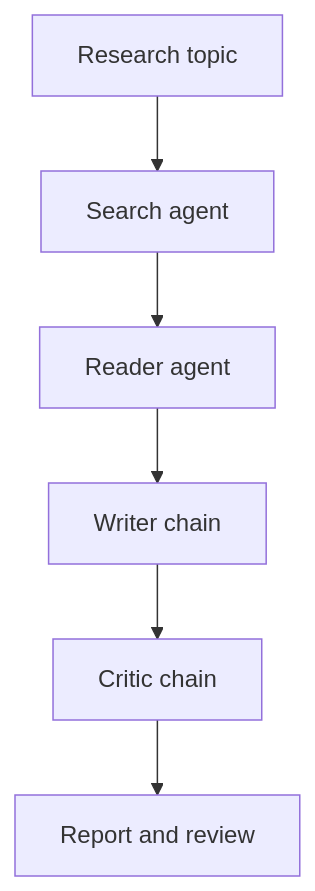
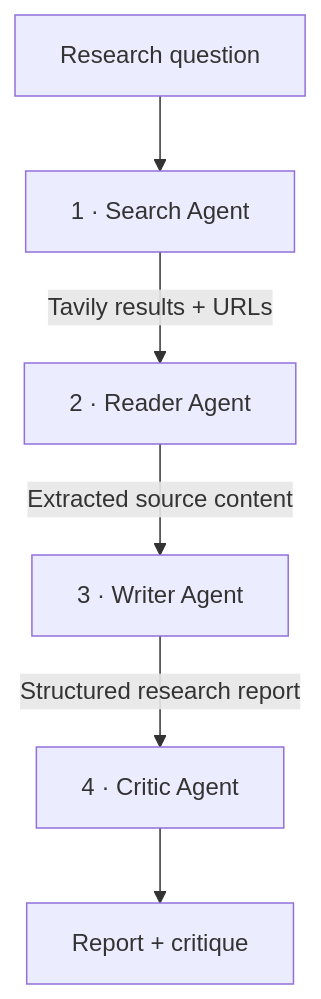
One commit to sakshamsingh22/quorum-multi-agent-research changed the diagram in README.md. Above: the diagram before and after it, drawn with Mermaid. The commit also changed other lines of this file, not shown here.

````diff
--- a/README.md
+++ b/README.md
@@ -22,8 +49,8 @@
 ```mermaid
 flowchart TD
-    A[Research topic] --> B[Search agent]
-    B --> C[Reader agent]
-    C --> D[Writer chain]
-    D --> E[Critic chain]
-    E --> F[Report and review]
+    A["Research question"] --> B["1 · Search Agent"]
+    B -->|"Tavily results + URLs"| C["2 · Reader Agent"]
+    C -->|"Extracted source content"| D["3 · Writer Agent"]
+    D -->|"Structured research report"| E["4 · Critic Agent"]
+    E --> F["Report + critique"]
 ```
````
